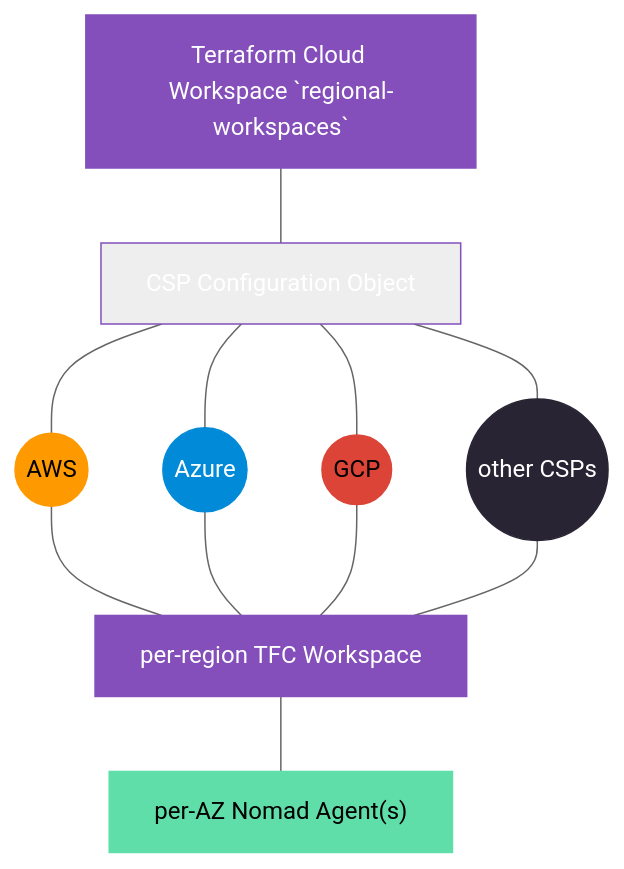
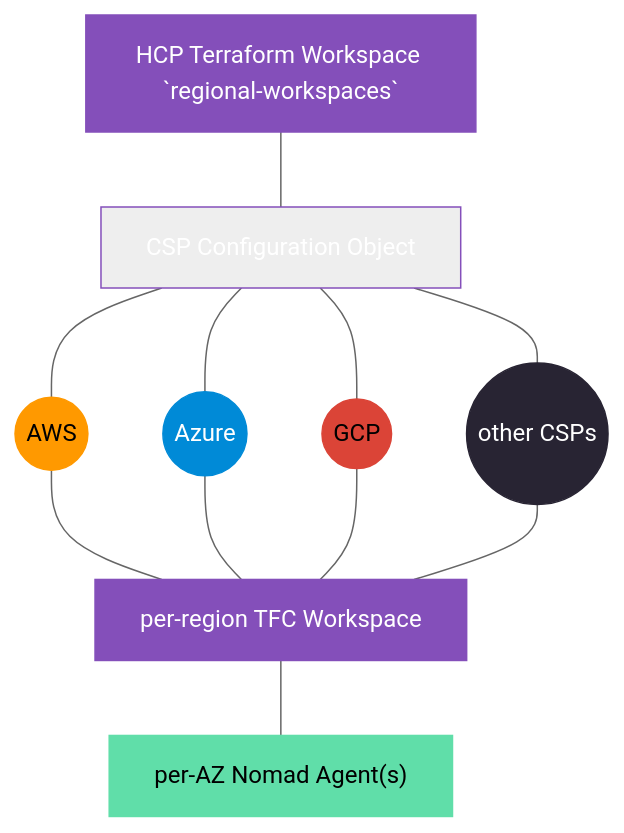
One commit to workloads/regional-workspaces changed the diagram in README.md. Above: the diagram before and after it, drawn with Mermaid (neutral theme). The commit also changed other lines of this file and 2 other files, not shown here.

````diff
--- a/README.md
+++ b/README.md
@@ -43,35 +43,35 @@
 ```mermaid
 flowchart TD
-  seed_workspace["Terraform Cloud Workspace `regional-workspaces`"]
+  seed_workspace["HCP Terraform Workspace `regional-workspaces`"]
   seed_workspace --- csp_configuration["CSP Configuration Object"]
 
   %% Cloud Service Providers
   csp_configuration --- aws(("AWS"))
   csp_configuration --- azure(("Azure"))
   csp_configuration --- google(("GCP"))
   csp_configuration --- others(("other CSPs"))
 
   %% Regional Operations
   workspace["per-region TFC Workspace"]
 
   aws    --- workspace
   azure  --- workspace
   google --- workspace
   others --- workspace
 
   workspace --- nomad_agent["per-AZ Nomad Agent(s)"]
 
   %% Styling
   classDef workspace color: #ffffff, fill: #844FBA, stroke: #844FBA
   class seed_workspace workspace;
   class workspace workspace;
 
   style csp_configuration color: #ffffff, stroke: #844FBA
 
   style aws    color: #000000, fill: #ff9900, stroke: #ff9900
   style azure  color: #ffffff, fill: #008ad7, stroke: #008ad7
   style google color: #000000, fill: #db4437, stroke: #db4437
   style others color: #ffffff, fill: #282433, stroke: #282433
 
   style nomad_agent color: #000000, fill: #60dea9, stroke: #60dea9
 ```
````
